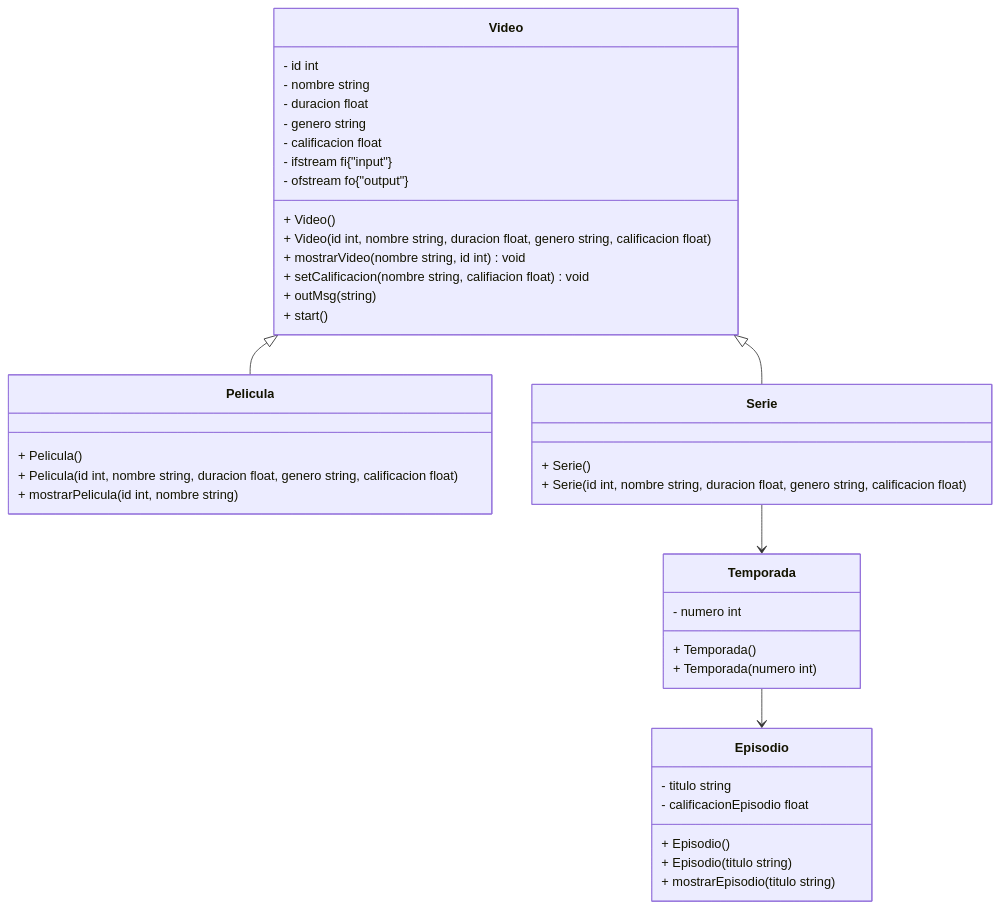
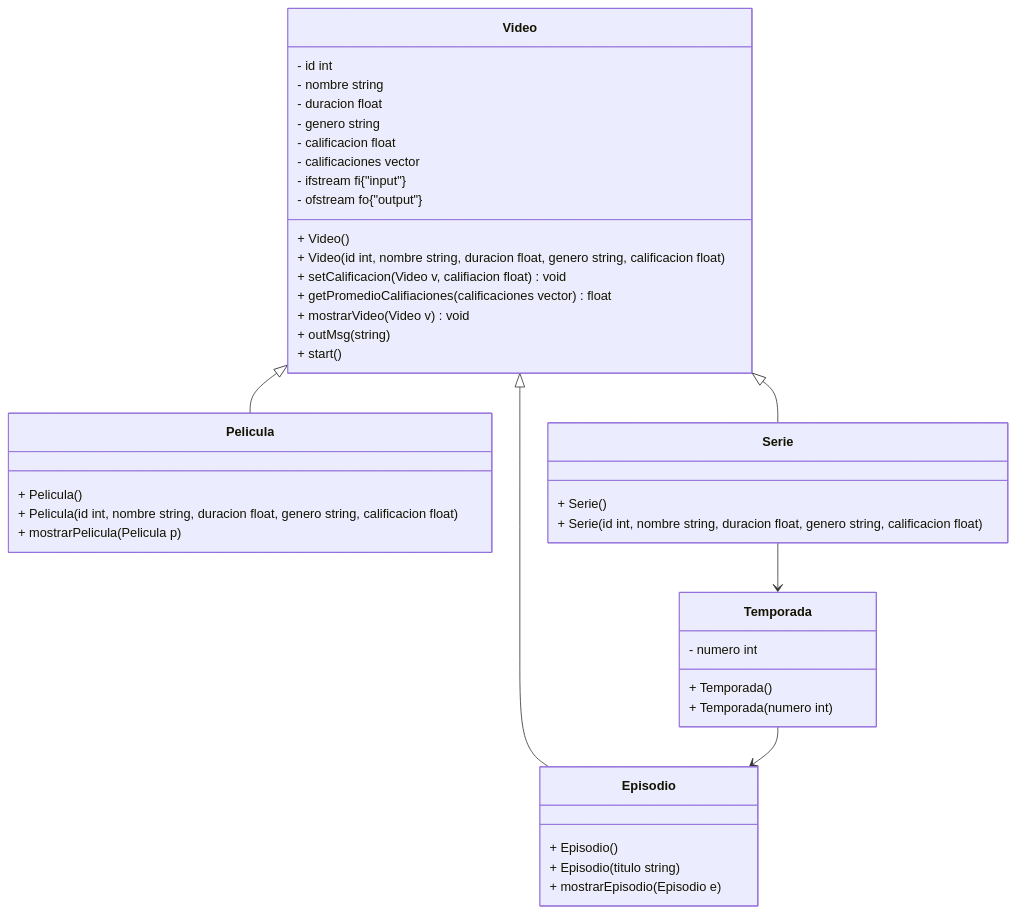
The diagram in README.md (HectorGtz27/VideoStreamingApp), drawn with Mermaid before and after one commit.

Commit message:
Actualizacion UML2

````diff
--- a/README.md
+++ b/README.md
@@ -50,42 +50,45 @@
 ```mermaid
 classDiagram
       class Video
       Video <|-- Pelicula
       Video <|-- Serie
       Serie --> Temporada
+      Video <|-- Episodio
       Temporada --> Episodio
-
 
       Video: - id int 
       Video: - nombre string
       Video: - duracion float
       Video: - genero string
-      Video: - calificacion float 
+      Video: - calificacion float
+      Video: - calificaciones vector<float> 
       Video: - ifstream fi{"input"}
       Video: - ofstream fo{"output"}
 
       Video: + Video()
       Video: + Video(id int, nombre string, duracion float, genero string, calificacion float )
-      Video: + mostrarVideo(nombre string, id int) void
-      Video: + setCalificacion(nombre string, califiacion float) void
+
+      Video: + setCalificacion(Video v, califiacion float) void
+      Video: + getPromedioCalifiaciones(calificaciones vector<float> ) float
+      
+
+      Video: + mostrarVideo(Video v) void
       Video: + outMsg(string)
       Video: + start()
 
       Pelicula: + Pelicula()
       Pelicula: + Pelicula(id int, nombre string, duracion float, genero string, calificacion float)
-      Pelicula: + mostrarPelicula(id int, nombre string)
-
+      Pelicula: + mostrarPelicula(Pelicula p)
+     
       Serie: + Serie()
       Serie: + Serie(id int, nombre string, duracion float, genero string, calificacion float)
 
       Temporada: - numero int
       Temporada: + Temporada()
       Temporada: + Temporada(numero int)
 
-      Episodio: - titulo string
-      Episodio: - calificacionEpisodio float
       Episodio: + Episodio()
       Episodio: + Episodio(titulo string)
-      Episodio: + mostrarEpisodio(titulo string )
+      Episodio: + mostrarEpisodio(Episodio e)
 
 ```
````
